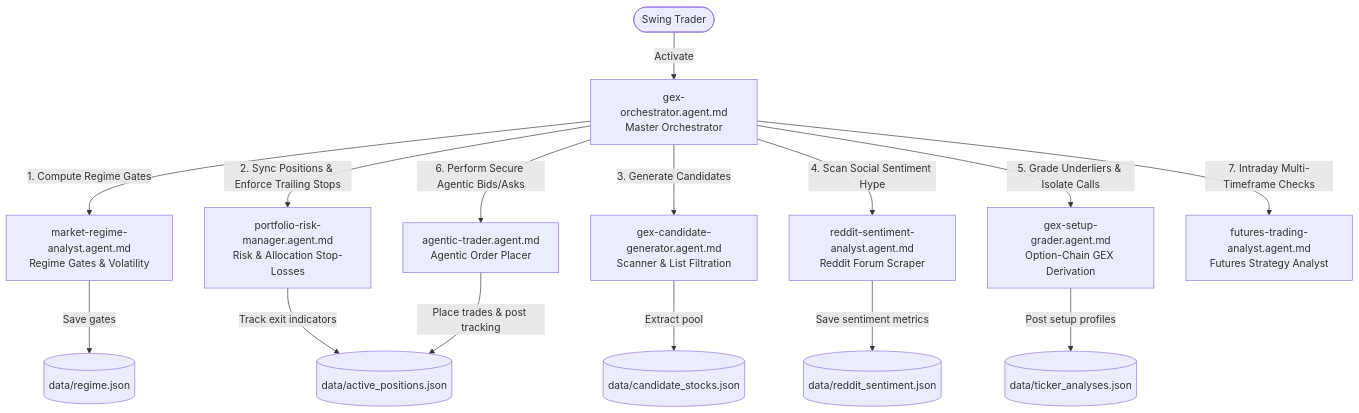
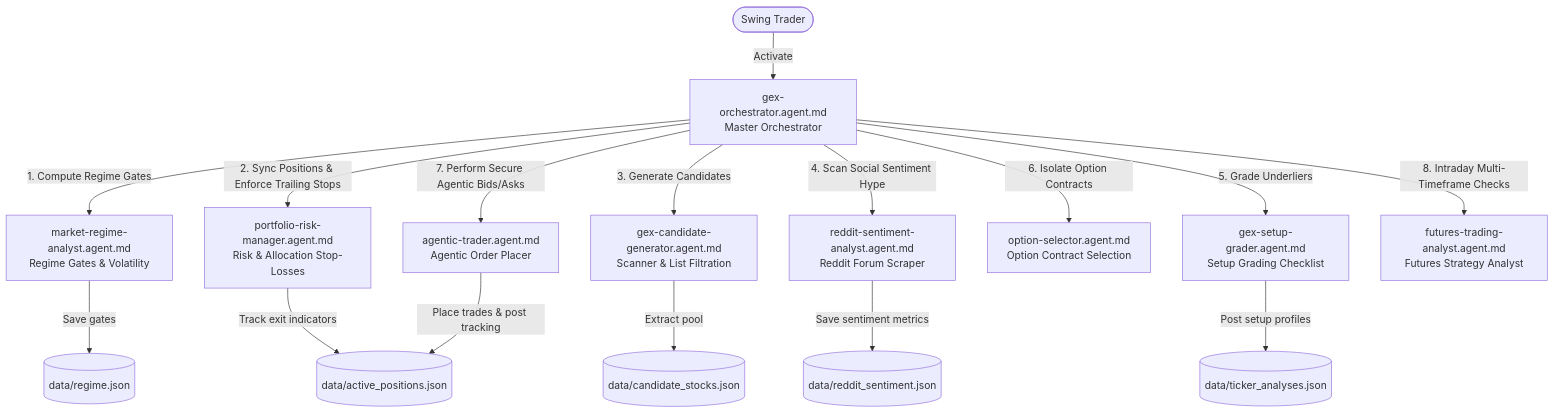
One commit to Aymeric/wip changed the second of 4 diagrams in README.md. Above: the diagram before and after it, drawn with Mermaid. The commit also changed other lines of this file and 22 other files, not shown here.

First line of the commit message:
feat: Add earnings date discovery and integrate into option selection process

````diff
--- a/README.md
+++ b/README.md
@@ -70,19 +70,20 @@
 ```mermaid
 graph TD
     User([Swing Trader]) -->|Activate| Orchestrator[gex-orchestrator.agent.md<br/>Master Orchestrator]
     
     Orchestrator -->|1. Compute Regime Gates| Analyst[market-regime-analyst.agent.md<br/>Regime Gates & Volatility]
     Orchestrator -->|2. Sync Positions & Enforce Trailing Stops| Risk[portfolio-risk-manager.agent.md<br/>Risk & Allocation Stop-Losses]
     Orchestrator -->|3. Generate Candidates| Generator[gex-candidate-generator.agent.md<br/>Scanner & List Filtration]
     Orchestrator -->|4. Scan Social Sentiment Hype| Reddit[reddit-sentiment-analyst.agent.md<br/>Reddit Forum Scraper]
-    Orchestrator -->|5. Grade Underliers & Isolate Calls| Grader[gex-setup-grader.agent.md<br/>Option-Chain GEX Derivation]
-    Orchestrator -->|6. Perform Secure Agentic Bids/Asks| Trader[agentic-trader.agent.md<br/>Agentic Order Placer]
-    Orchestrator -->|7. Intraday Multi-Timeframe Checks| Futures[futures-trading-analyst.agent.md<br/>Futures Strategy Analyst]
+    Orchestrator -->|5. Grade Underliers| Grader[gex-setup-grader.agent.md<br/>Setup Grading Checklist]
+    Orchestrator -->|6. Isolate Option Contracts| Selector[option-selector.agent.md<br/>Option Contract Selection]
+    Orchestrator -->|7. Perform Secure Agentic Bids/Asks| Trader[agentic-trader.agent.md<br/>Agentic Order Placer]
+    Orchestrator -->|8. Intraday Multi-Timeframe Checks| Futures[futures-trading-analyst.agent.md<br/>Futures Strategy Analyst]
     
     Analyst -->|Save gates| RegimeDB[(data/regime.json)]
     Generator -->|Extract pool| CandidatesDB[(data/candidate_stocks.json)]
     Grader -->|Post setup profiles| AnalysesDB[(data/ticker_analyses.json)]
     Risk -->|Track exit indicators| PositionsDB[(data/active_positions.json)]
     Reddit -->|Save sentiment metrics| SentimentDB[(data/reddit_sentiment.json)]
     Trader -->|Place trades & post tracking| PositionsDB
 ```
````
